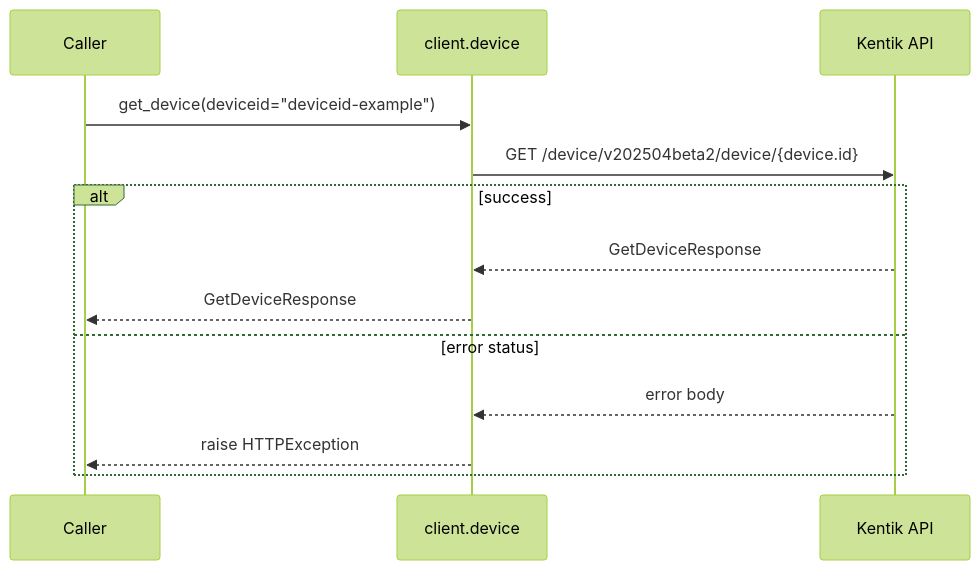
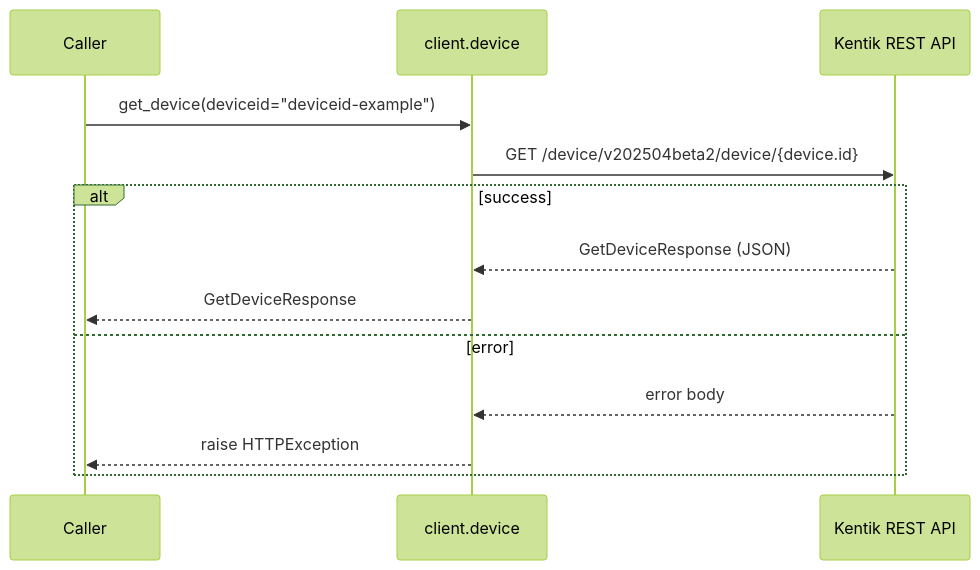
Diagram 14 of 22 in docs/sphinx/services/device.md (alexdearaujo/community_sdk_python), drawn with Mermaid (forest theme) before and after one commit. The commit also changed other lines of this file and 61 other files, not shown here.

````diff
--- a/docs/sphinx/services/device.md
+++ b/docs/sphinx/services/device.md
@@ -333,16 +485,16 @@
 ```mermaid
 sequenceDiagram
     participant C as Caller
     participant W as client.device
-    participant API as Kentik API
+    participant API as Kentik REST API
 
     C->>W: get_device(deviceid="deviceid-example")
     W->>API: GET /device/v202504beta2/device/{device.id}
     alt success
-        API-->>W: GetDeviceResponse
+        API-->>W: GetDeviceResponse (JSON)
         W-->>C: GetDeviceResponse
-    else error status
+    else error
         API-->>W: error body
         W-->>C: raise HTTPException
     end
 ```
````
